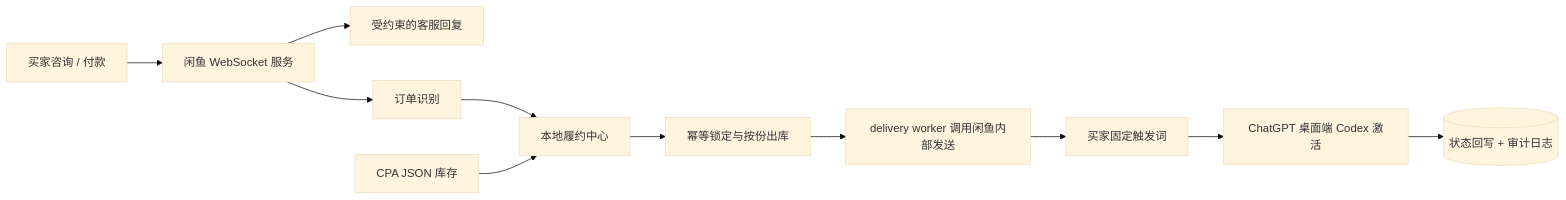
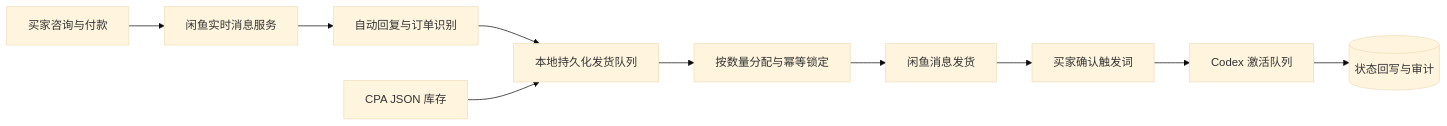
The diagram in README.md (ZorIgn/xianyu-codex-commerce-suite), drawn with Mermaid (base theme) before and after one commit. The commit also changed other lines of this file and 198 other files, not shown here.

````diff
--- a/README.md
+++ b/README.md
@@ -56,13 +38,12 @@
 ```mermaid
 flowchart LR
-    B[买家咨询 / 付款] --> X[闲鱼 WebSocket 服务]
-    X --> C[受约束的客服回复]
-    X --> O[订单识别]
-    O --> F[本地履约中心]
-    J[CPA JSON 库存] --> F
-    F --> L[幂等锁定与按份出库]
-    L --> D[delivery worker 调用闲鱼内部发送]
-    D --> T[买家固定触发词]
-    T --> A[ChatGPT 桌面端 Codex 激活]
-    A --> S[(状态回写 + 审计日志)]
+    Buyer[买家咨询与付款] --> Xianyu[闲鱼实时消息服务]
+    Xianyu --> Reply[自动回复与订单识别]
+    Reply --> Queue[本地持久化发货队列]
+    Inventory[CPA JSON 库存] --> Queue
+    Queue --> Allocate[按数量分配与幂等锁定]
+    Allocate --> Send[闲鱼消息发货]
+    Send --> Confirm[买家确认触发词]
+    Confirm --> Activate[Codex 激活队列]
+    Activate --> Audit[(状态回写与审计)]
 ```
````
